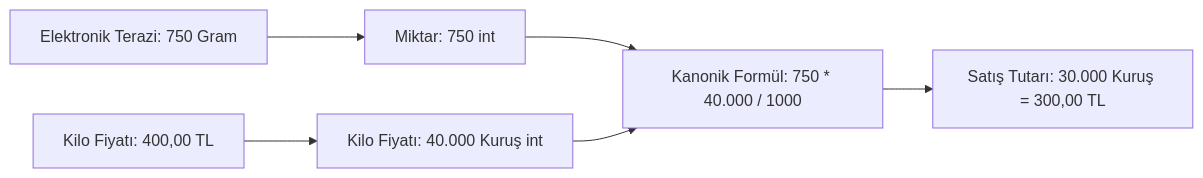
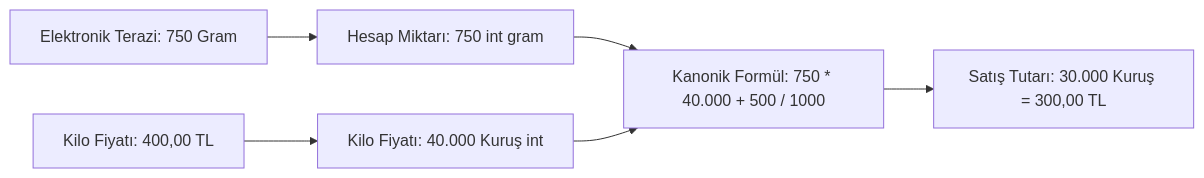
One commit to mhmtgwn/serenut changed the fourth of 16 diagrams in docs/SERENUT_OS_MASTER_OPERATING_MANUAL.md. Above: the diagram before and after it, drawn with Mermaid. The commit also changed other lines of this file and 321 other files, not shown here.

````diff
--- a/docs/SERENUT_OS_MASTER_OPERATING_MANUAL.md
+++ b/docs/SERENUT_OS_MASTER_OPERATING_MANUAL.md
@@ -305,8 +328,8 @@
 ```mermaid
 graph LR
-    Scale[Elektronik Terazi: 750 Gram] --> IntGram[Miktar: 750 int]
+    Scale[Elektronik Terazi: 750 Gram] --> IntGram[Hesap Miktarı: 750 int gram]
     Price[Kilo Fiyatı: 400,00 TL] --> IntCents[Kilo Fiyatı: 40.000 Kuruş int]
-    IntGram --> MathEngine[Kanonik Formül: 750 * 40.000 / 1000]
+    IntGram --> MathEngine[Kanonik Formül: 750 * 40.000 + 500 / 1000]
     IntCents --> MathEngine
     MathEngine --> Result[Satış Tutarı: 30.000 Kuruş = 300,00 TL]
 ```
````
